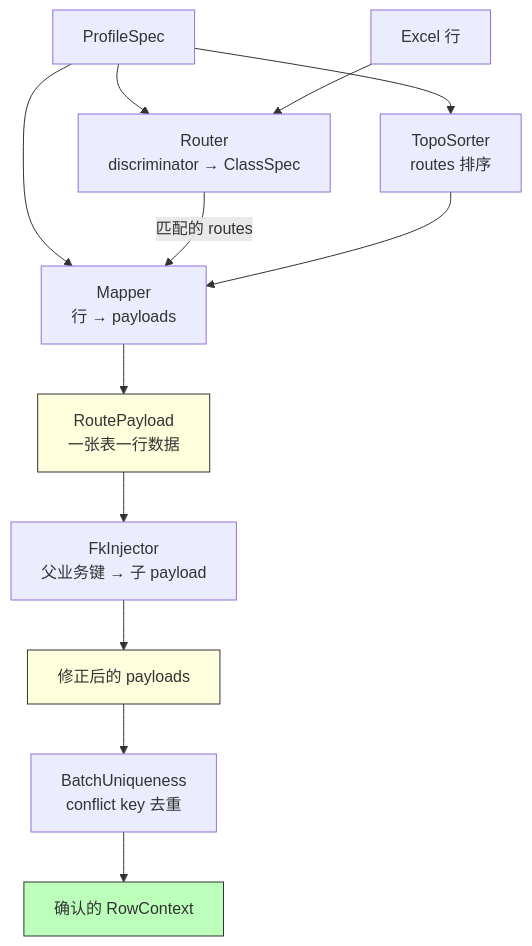
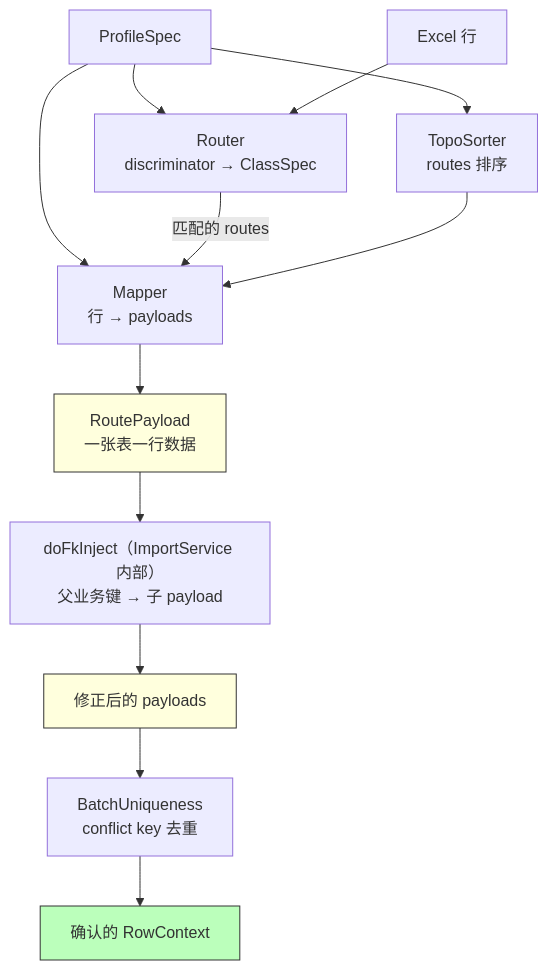
Before and after one commit to 055liufl/excelproject: the eighth of 21 diagrams in README.md, drawn with Mermaid. The commit also changed other lines of this file, not shown here.

First line of the commit message:
docs(README): fix FkInjector inaccuracy and Phase D loop nesting

````diff
--- a/README.md
+++ b/README.md
@@ -530,20 +530,20 @@
 ```mermaid
 graph TB
     Profile[ProfileSpec] --> R[Router<br/>discriminator → ClassSpec]
     Profile --> M[Mapper<br/>行 → payloads]
     Profile --> T[TopoSorter<br/>routes 排序]
 
     Excel[Excel 行] --> R
     R -->|匹配的 routes| M
     M --> RP[RoutePayload<br/>一张表一行数据]
     T --> M
 
-    RP --> FI[FkInjector<br/>父业务键 → 子 payload]
+    RP --> FI[doFkInject（ImportService 内部）<br/>父业务键 → 子 payload]
     FI --> RP2[修正后的 payloads]
     RP2 --> BU[BatchUniqueness<br/>conflict key 去重]
     BU --> Final[确认的 RowContext]
 
     style RP fill:#ffd,stroke:#333
     style RP2 fill:#ffd,stroke:#333
     style Final fill:#bfb,stroke:#333
 ```
````
